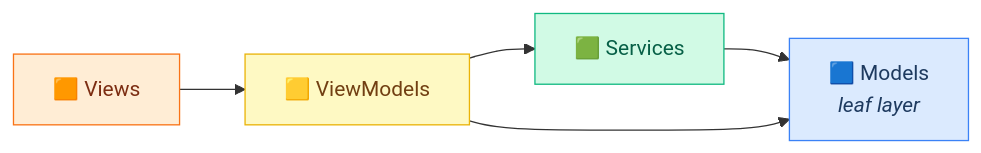
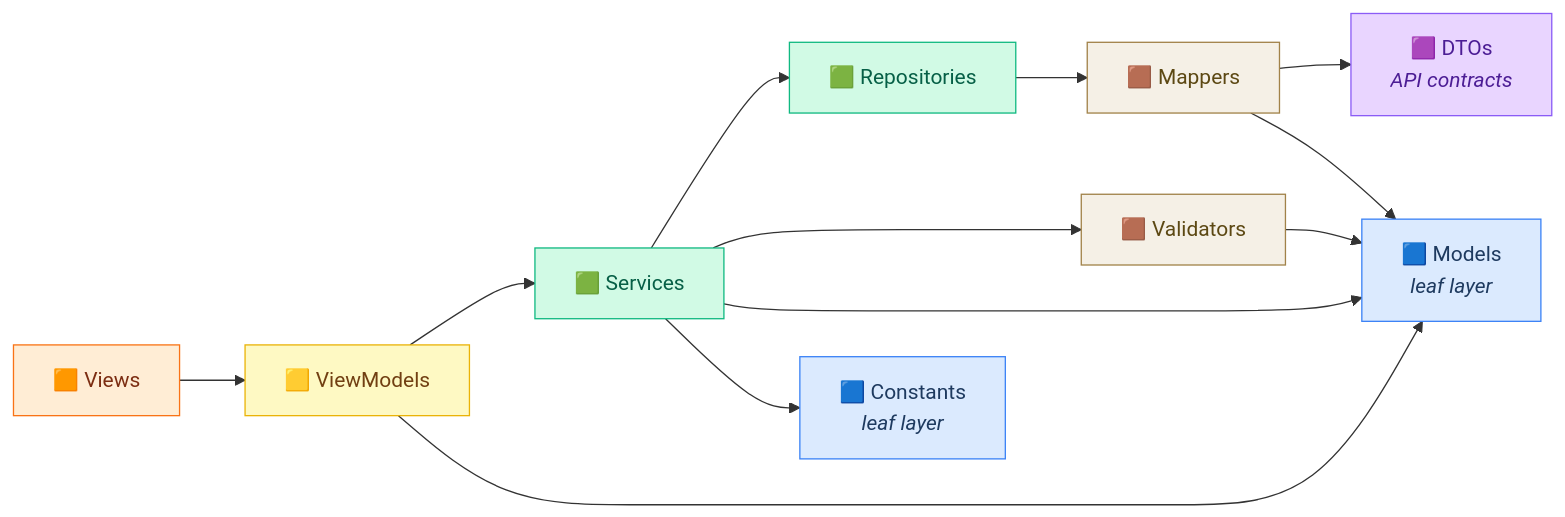
One commit to luciancaetano/startercraft changed the second of 3 diagrams in docs/domain-layer.md. Above: the diagram before and after it, drawn with Mermaid. The commit also changed other lines of this file and 7 other files, not shown here.

Commit message:
docs: :memo: update Copilot instructions and domain layer documentation; add new architecture details and project overview

````diff
--- a/docs/domain-layer.md
+++ b/docs/domain-layer.md
@@ -44,15 +56,34 @@
 ```mermaid
 flowchart LR
   Models["🟦 Models<br/><i>leaf layer</i>"]
+  Constants["🟦 Constants<br/><i>leaf layer</i>"]
+  DTOs["🟪 DTOs<br/><i>API contracts</i>"]
+  Validators["🟫 Validators"]
+  Mappers["🟫 Mappers"]
+  Repositories["🟩 Repositories"]
   Services["🟩 Services"]
   ViewModels["🟨 ViewModels"]
   Views["🟧 Views"]
 
-  Views --> ViewModels --> Services --> Models
+  Views --> ViewModels
+  ViewModels --> Services
   ViewModels --> Models
+  Services --> Repositories
+  Services --> Validators
+  Services --> Models
+  Services --> Constants
+  Repositories --> Mappers
+  Mappers --> DTOs
+  Mappers --> Models
+  Validators --> Models
 
   style Models fill:#dbeafe,stroke:#3b82f6,color:#1e3a5f
+  style Constants fill:#dbeafe,stroke:#3b82f6,color:#1e3a5f
+  style DTOs fill:#e9d5ff,stroke:#8b5cf6,color:#4c1d95
+  style Validators fill:#f5f0e6,stroke:#a18249,color:#5c4813
+  style Mappers fill:#f5f0e6,stroke:#a18249,color:#5c4813
+  style Repositories fill:#d1fae5,stroke:#10b981,color:#065f46
   style Services fill:#d1fae5,stroke:#10b981,color:#065f46
   style ViewModels fill:#fef9c3,stroke:#eab308,color:#713f12
   style Views fill:#ffedd5,stroke:#f97316,color:#7c2d12
 ```
````
